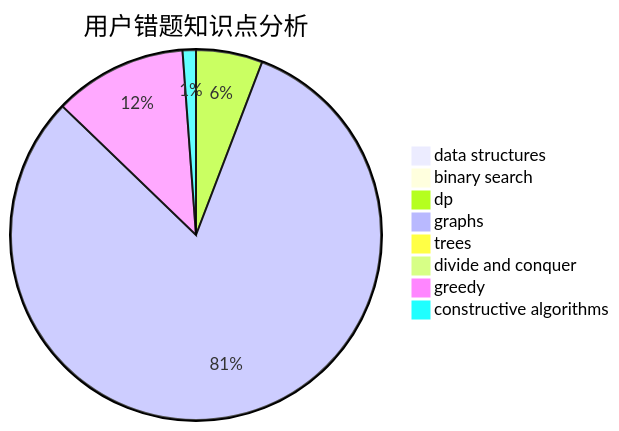
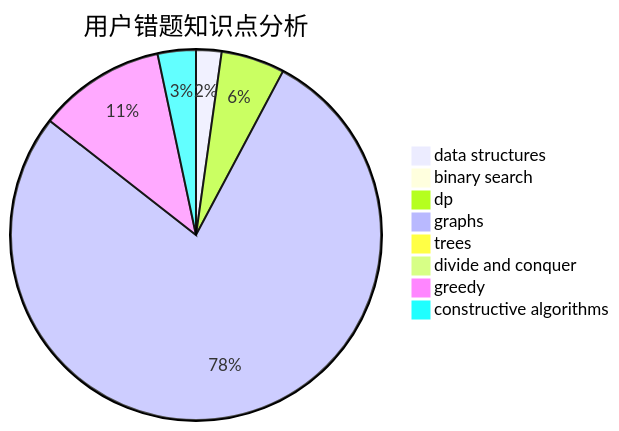
The third of 3 diagrams in docs/user/u909.md (sherpahu/cfrs.github.io), drawn with Mermaid before and after one commit. The commit also changed other lines of this file and 2770 other files, not shown here.

````diff
--- a/docs/user/u909.md
+++ b/docs/user/u909.md
@@ -36,11 +36,11 @@
 ```mermaid
 pie title 用户错题知识点分析
-    "data structures" :  0
+    "data structures" :  2
     "binary search" :  0
     "dp" :  5
     "graphs" :  70
     "trees" :  0
     "divide and conquer" :  0
     "greedy" :  10
-    "constructive algorithms" :  1
+    "constructive algorithms" :  3
 ```
````
